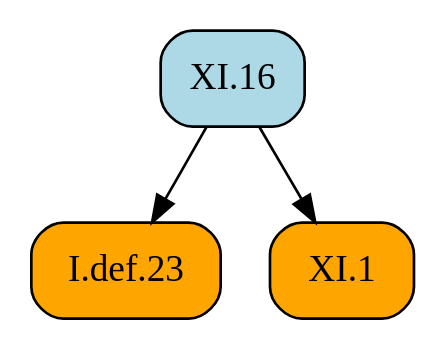
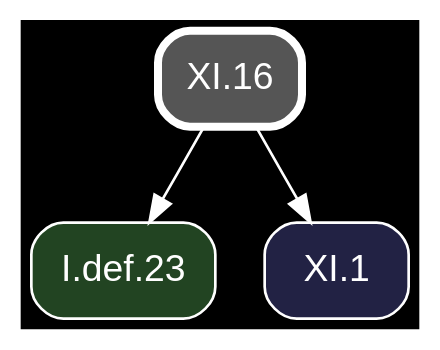
One commit to geometor/elements changed the diagram in docsrc/heath/XI/16/index.rst. Above: the diagram before and after it, drawn with Graphviz. The commit also changed other lines of this file and 1200 other files, not shown here.

Commit message:
update dependency graphs

```diff
--- a/docsrc/heath/XI/16/index.rst
+++ b/docsrc/heath/XI/16/index.rst
@@ -44,11 +44,13 @@
 .. graphviz::
 
    digraph {
+     bgcolor="black";
+     node [shape=box, style="rounded,filled", fontname="Helvetica", color="white", fontcolor="white"];
+     edge [color="white", fontcolor="white"];
      rankdir="TB";
-     node [shape=box, style=rounded];
-     "I.def.23" [style="rounded,filled", fillcolor=orange, URL="/heath/I/def.23/", target="_top"];
-     "XI.1" [style="rounded,filled", fillcolor=orange, URL="/heath/XI/1/", target="_top"];
-     "XI.16" [style="rounded,filled", fillcolor=lightblue, URL="/heath/XI/16/", target="_top"];
+     "I.def.23" [fillcolor="#224422", URL="/heath/I/def.23/", target="_top"];
+     "XI.16" [penwidth=3, color="white", fillcolor="#555555", URL="/heath/XI/16/", target="_top"];
+     "XI.1" [fillcolor="#222244", URL="/heath/XI/1/", target="_top"];
      "XI.16" -> "I.def.23";
      "XI.16" -> "XI.1";
    }
```
